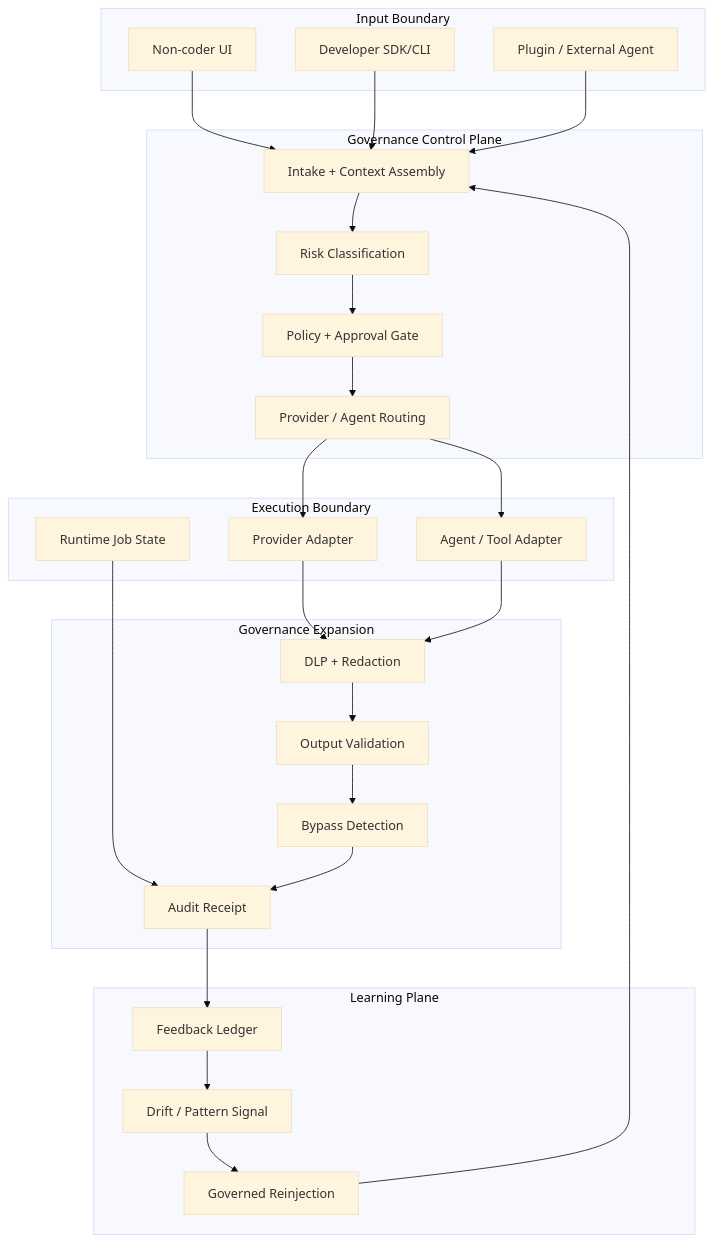
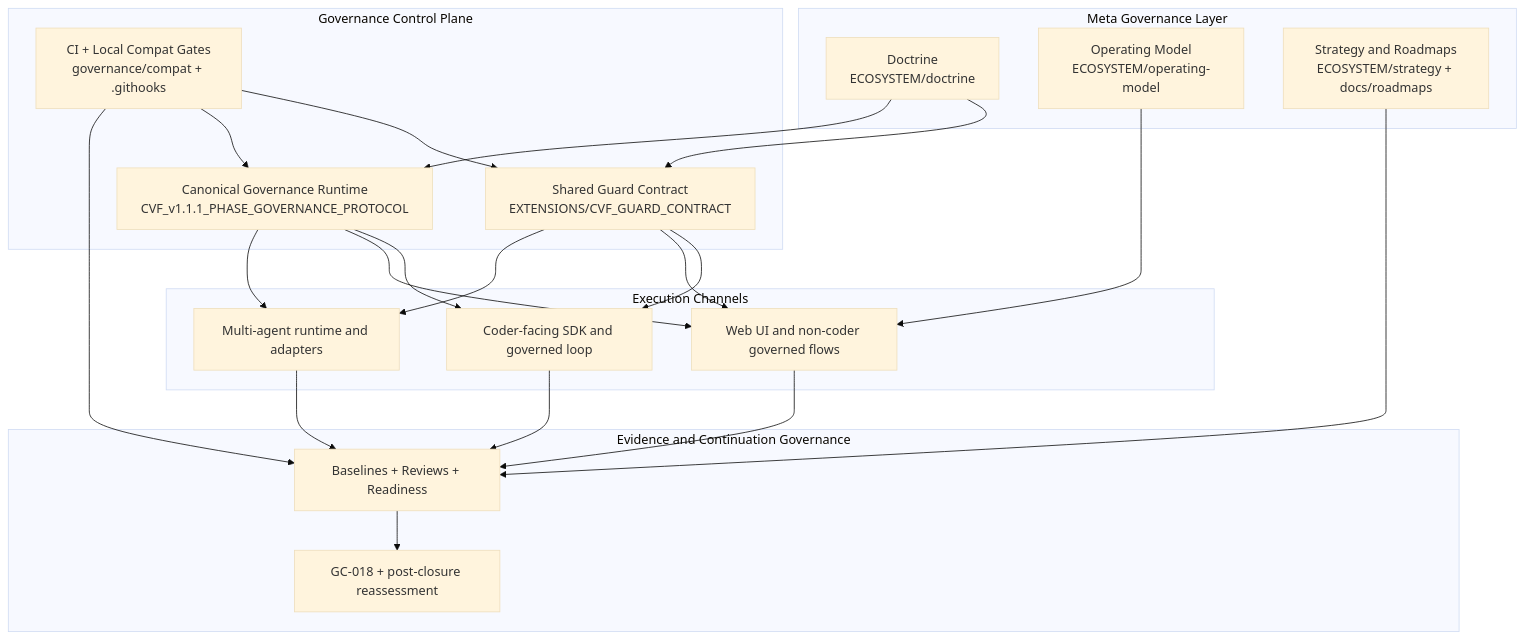
One commit to Blackbird081/Controlled-Vibe-Framework-CVF changed the first of 4 diagrams in ARCHITECTURE.md. Above: the diagram before and after it, drawn with Mermaid (base theme). The commit also changed other lines of this file and 2876 other files, not shown here.

````diff
--- a/ARCHITECTURE.md
+++ b/ARCHITECTURE.md
@@ -61,47 +40,45 @@
 ```mermaid
 flowchart TB
-  subgraph UserBoundary["Input Boundary"]
-    U1["Non-coder UI"]
-    U2["Developer SDK/CLI"]
-    U3["Plugin / External Agent"]
-  end
+    subgraph META["Meta Governance Layer"]
+        DOCT["Doctrine<br/>ECOSYSTEM/doctrine"]
+        OPER["Operating Model<br/>ECOSYSTEM/operating-model"]
+        STRAT["Strategy and Roadmaps<br/>ECOSYSTEM/strategy + docs/roadmaps"]
+    end
 
-  subgraph ControlPlane["Governance Control Plane"]
-    C1["Intake + Context Assembly"]
-    C2["Risk Classification"]
-    C3["Policy + Approval Gate"]
-    C4["Provider / Agent Routing"]
-  end
+    subgraph CTRL["Governance Control Plane"]
+        CONTRACT["Shared Guard Contract<br/>EXTENSIONS/CVF_GUARD_CONTRACT"]
+        RUNTIME["Canonical Governance Runtime<br/>CVF_v1.1.1_PHASE_GOVERNANCE_PROTOCOL"]
+        GATES["CI + Local Compat Gates<br/>governance/compat + .githooks"]
+    end
 
-  subgraph ExecutionBoundary["Execution Boundary"]
-    E1["Provider Adapter"]
-    E2["Agent / Tool Adapter"]
-    E3["Runtime Job State"]
-  end
+    subgraph CHANNELS["Execution Channels"]
+        SDK["Coder-facing SDK and governed loop"]
+        WEB["Web UI and non-coder governed flows"]
+        AGENTS["Multi-agent runtime and adapters"]
+    end
 
-  subgraph GovernanceExpansion["Governance Expansion"]
-    G1["DLP + Redaction"]
-    G2["Output Validation"]
-    G3["Bypass Detection"]
-    G4["Audit Receipt"]
-  end
+    subgraph EVIDENCE["Evidence and Continuation Governance"]
+        BASE["Baselines + Reviews + Readiness"]
+        HOLD["GC-018 + post-closure reassessment"]
+    end
 
-  subgraph LearningPlane["Learning Plane"]
-    L1["Feedback Ledger"]
-    L2["Drift / Pattern Signal"]
-    L3["Governed Reinjection"]
-  end
+    DOCT --> CONTRACT
+    DOCT --> RUNTIME
+    OPER --> WEB
+    STRAT --> BASE
 
-  U1 --> C1
-  U2 --> C1
-  U3 --> C1
-  C1 --> C2 --> C3 --> C4
-  C4 --> E1
-  C4 --> E2
-  E1 --> G1
-  E2 --> G1
-  E3 --> G4
-  G1 --> G2 --> G3 --> G4
-  G4 --> L1 --> L2 --> L3
-  L3 --> C1
+    CONTRACT --> SDK
+    CONTRACT --> WEB
+    CONTRACT --> AGENTS
+    RUNTIME --> SDK
+    RUNTIME --> WEB
+    RUNTIME --> AGENTS
+    GATES --> CONTRACT
+    GATES --> RUNTIME
+    GATES --> BASE
+
+    SDK --> BASE
+    WEB --> BASE
+    AGENTS --> BASE
+    BASE --> HOLD
 ```
````
